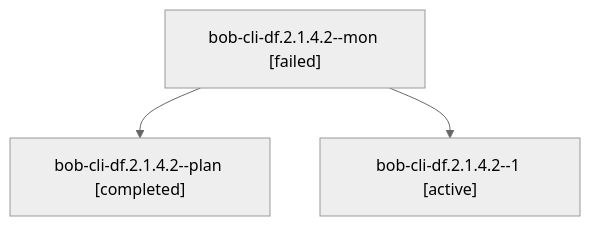
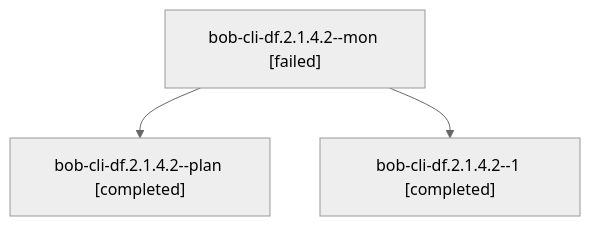
Before and after one commit to bobs-org/bob-cli--agents: the diagram in sessions/bbugyi200.athena.bob-cli-df.2.1.4.2.md, drawn with Mermaid (neutral theme). The commit also changed other lines of this file and 105 other files, not shown here.

````diff
--- a/sessions/bbugyi200.athena.bob-cli-df.2.1.4.2.md
+++ b/sessions/bbugyi200.athena.bob-cli-df.2.1.4.2.md
@@ -9,8 +9,8 @@
 ```mermaid
 flowchart TD
   n0["bob-cli-df.2.1.4.2--mon [failed]"]
   n1["bob-cli-df.2.1.4.2--plan [completed]"]
   n0 --> n1
-  n2["bob-cli-df.2.1.4.2--1 [active]"]
+  n2["bob-cli-df.2.1.4.2--1 [completed]"]
   n0 --> n2
 ```
````
